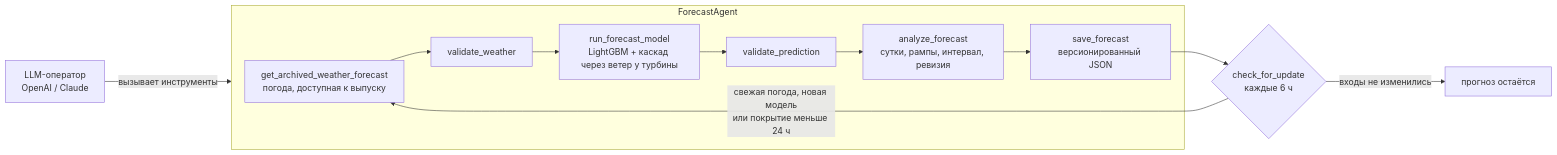
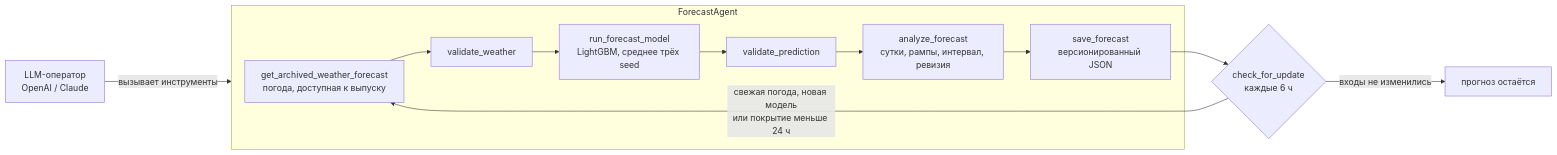
The diagram in README.md (AmanezCode/hack-8ffdfbfa-zhetysutech), drawn with Mermaid before and after one commit. The commit also changed other lines of this file and 88 other files, not shown here.

````diff
--- a/README.md
+++ b/README.md
@@ -48,14 +48,14 @@
 ```mermaid
 flowchart LR
     O["LLM-оператор<br/>OpenAI / Claude"] -->|вызывает инструменты| A
     subgraph A["ForecastAgent"]
         W["get_archived_weather_forecast<br/>погода, доступная к выпуску"] --> V1["validate_weather"]
-        V1 --> M["run_forecast_model<br/>LightGBM + каскад через ветер у турбины"]
+        V1 --> M["run_forecast_model<br/>LightGBM, среднее трёх seed"]
         M --> V2["validate_prediction"]
         V2 --> AN["analyze_forecast<br/>сутки, рампы, интервал, ревизия"]
         AN --> S["save_forecast<br/>версионированный JSON"]
     end
     S --> U{"check_for_update<br/>каждые 6 ч"}
     U -->|свежая погода, новая модель<br/>или покрытие меньше 24 ч| W
     U -->|входы не изменились| K["прогноз остаётся"]
 ```
````
